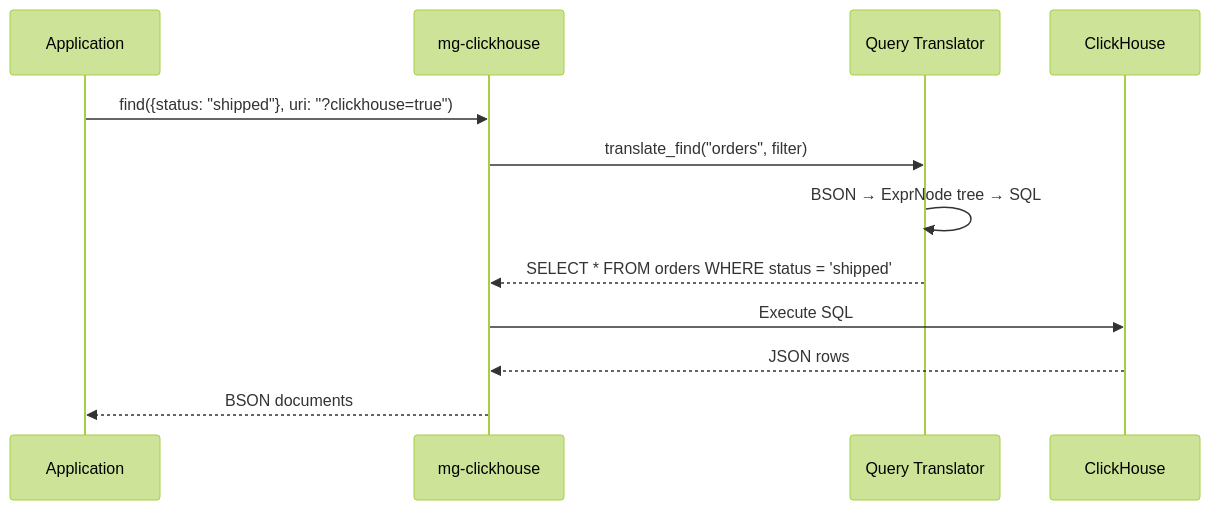
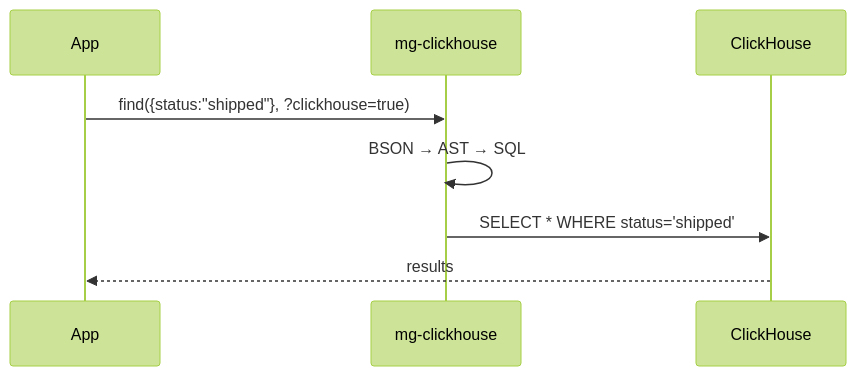
One commit to mrityunjaysharma/mongo-flux changed the third of 6 diagrams in docs/design.md. Above: the diagram before and after it, drawn with Mermaid (forest theme). The commit also changed other lines of this file and 1 other file, not shown here.

````diff
--- a/docs/design.md
+++ b/docs/design.md
@@ -304,15 +44,7 @@
 ```mermaid
 sequenceDiagram
-    participant App as Application
-    participant MGC as mg-clickhouse
-    participant QT as Query Translator
-    participant CH as ClickHouse
-
-    App->>MGC: find({status: "shipped"}, uri: "?clickhouse=true")
-    MGC->>QT: translate_find("orders", filter)
-    QT->>QT: BSON → ExprNode tree → SQL
-    QT-->>MGC: SELECT * FROM orders WHERE status = 'shipped'
-    MGC->>CH: Execute SQL
-    CH-->>MGC: JSON rows
-    MGC-->>App: BSON documents
+    App->>mg-clickhouse: find({status:"shipped"}, ?clickhouse=true)
+    mg-clickhouse->>mg-clickhouse: BSON → AST → SQL
+    mg-clickhouse->>ClickHouse: SELECT * WHERE status='shipped'
+    ClickHouse-->>App: results
 ```
````
